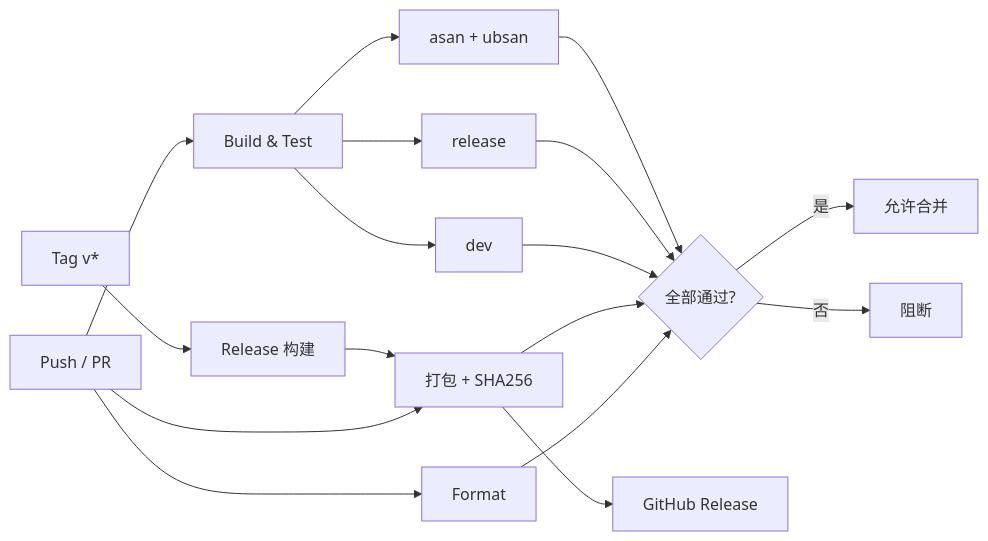
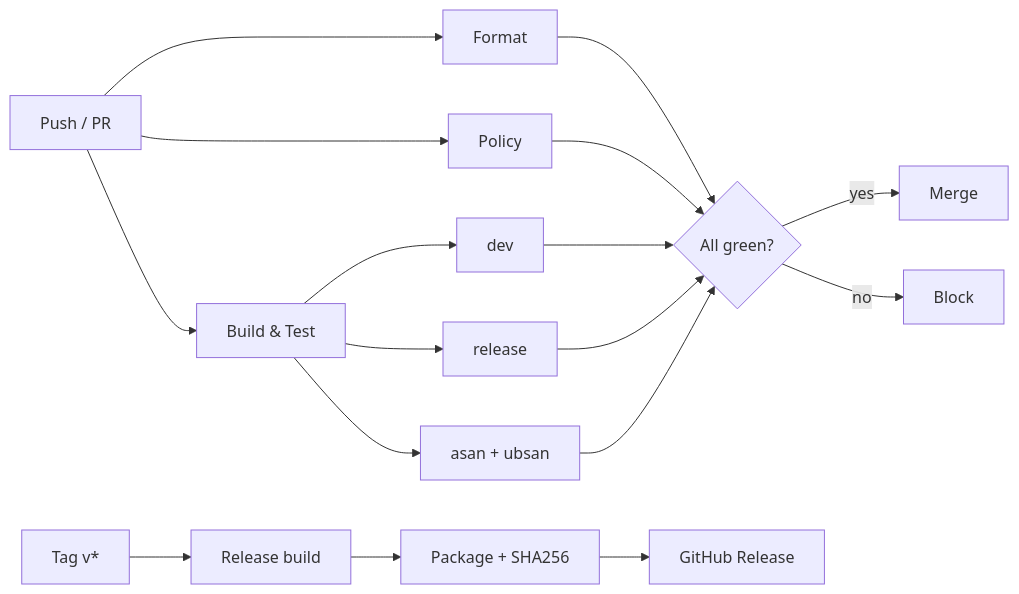
Before and after one commit to Ennard-lu/Powerwm: the diagram in docs/ci-cd.md, drawn with Mermaid. The commit also changed other lines of this file and 22 other files, not shown here.

````diff
--- a/docs/ci-cd.md
+++ b/docs/ci-cd.md
@@ -19,19 +18,19 @@
 ```mermaid
 flowchart LR
     PR[Push / PR] --> F[Format]
     PR --> P[Policy]
     PR --> B[Build & Test]
     B --> D[dev]
     B --> R[release]
     B --> A[asan + ubsan]
-    F --> G{全部通过?}
+    F --> G{All green?}
     P --> G
     D --> G
     R --> G
     A --> G
-    G -->|是| M[允许合并]
-    G -->|否| X[阻断]
-    T[Tag v*] --> RB[Release 构建]
-    RB --> P[打包 + SHA256]
-    P --> GH[GitHub Release]
+    G -->|yes| M[Merge]
+    G -->|no| X[Block]
+    T[Tag v*] --> RB[Release build]
+    RB --> PKG[Package + SHA256]
+    PKG --> GH[GitHub Release]
 ```
````
